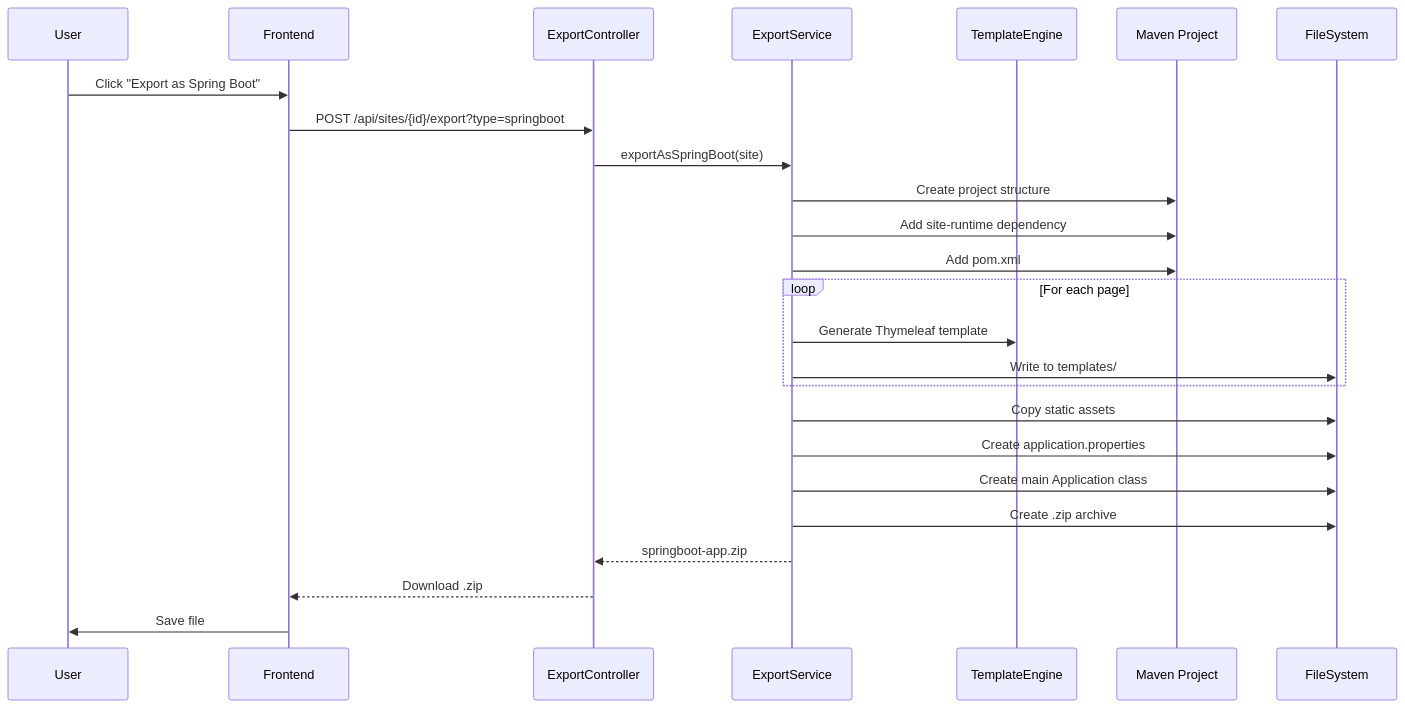
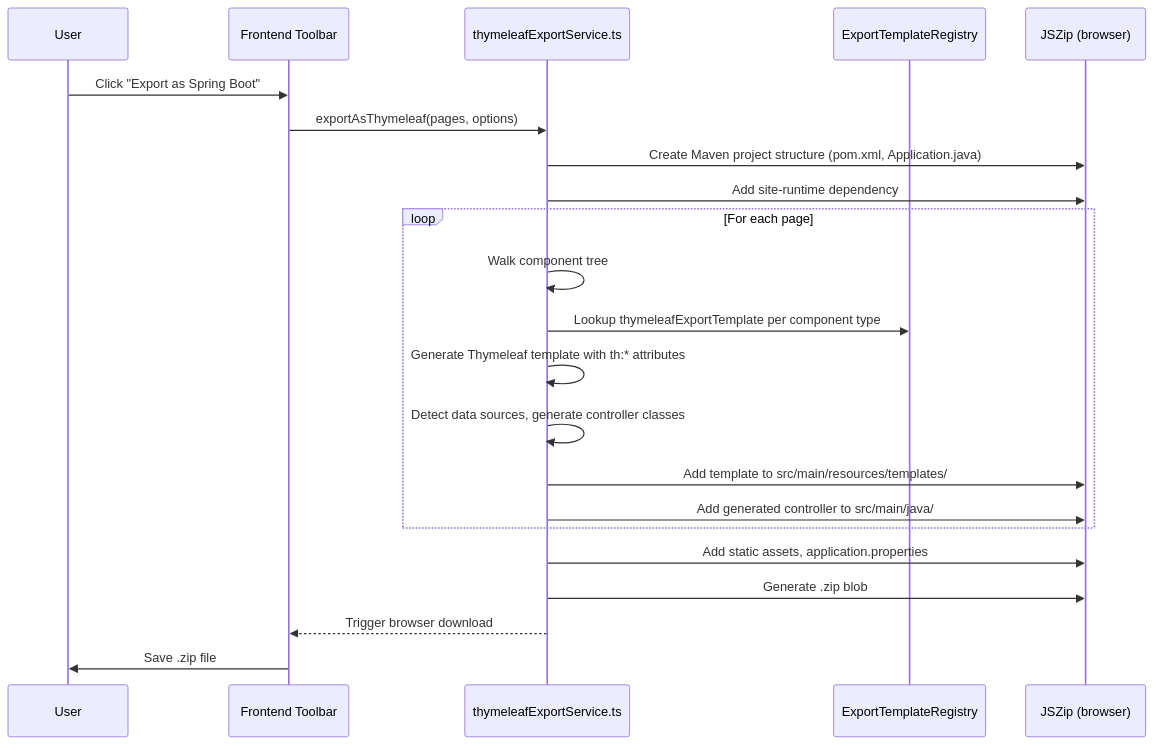
Before and after one commit to Visual-Site-Designer-VSD/visual-site-designer: diagram 17 of 18 in docs/architecture/arc42/05-building-block-view.md, drawn with Mermaid. The commit also changed other lines of this file and 15 other files, not shown here.

````diff
--- a/docs/architecture/arc42/05-building-block-view.md
+++ b/docs/architecture/arc42/05-building-block-view.md
@@ -1034,31 +1036,28 @@
 ```mermaid
 sequenceDiagram
     participant User
-    participant FE as Frontend
-    participant API as ExportController
-    participant ES as ExportService
-    participant TPL as TemplateEngine
-    participant MVN as Maven Project
-    participant FS as FileSystem
+    participant FE as Frontend Toolbar
+    participant TES as thymeleafExportService.ts
+    participant REG as ExportTemplateRegistry
+    participant ZIP as JSZip (browser)
 
     User->>FE: Click "Export as Spring Boot"
-    FE->>API: POST /api/sites/{id}/export?type=springboot
-    API->>ES: exportAsSpringBoot(site)
+    FE->>TES: exportAsThymeleaf(pages, options)
 
-    ES->>MVN: Create project structure
-    ES->>MVN: Add site-runtime dependency
-    ES->>MVN: Add pom.xml
+    TES->>ZIP: Create Maven project structure (pom.xml, Application.java)
+    TES->>ZIP: Add site-runtime dependency
 
     loop For each page
-        ES->>TPL: Generate Thymeleaf template
-        ES->>FS: Write to templates/
+        TES->>TES: Walk component tree
+        TES->>REG: Lookup thymeleafExportTemplate per component type
+        TES->>TES: Generate Thymeleaf template with th:* attributes
+        TES->>TES: Detect data sources, generate controller classes
+        TES->>ZIP: Add template to src/main/resources/templates/
+        TES->>ZIP: Add generated controller to src/main/java/
     end
 
-    ES->>FS: Copy static assets
-    ES->>FS: Create application.properties
-    ES->>FS: Create main Application class
-    ES->>FS: Create .zip archive
-    ES-->>API: springboot-app.zip
-    API-->>FE: Download .zip
-    FE->>User: Save file
+    TES->>ZIP: Add static assets, application.properties
+    TES->>ZIP: Generate .zip blob
+    TES-->>FE: Trigger browser download
+    FE->>User: Save .zip file
 ```
````
